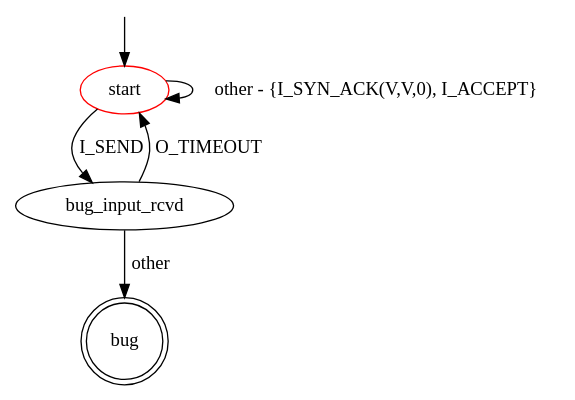
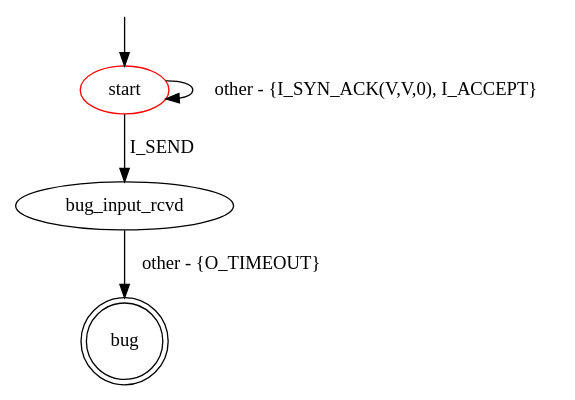
One commit to assist-project/state-machine-bug-finder changed the diagram in src/main/resources/patterns/tcp/error_response_to_send_when_connection_not_exit.dot. Above: the diagram before and after it, drawn with Graphviz. The commit also changed 19 other files, not shown here.

```diff
--- a/src/main/resources/patterns/tcp/error_response_to_send_when_connection_not_exit.dot
+++ b/src/main/resources/patterns/tcp/error_response_to_send_when_connection_not_exit.dot
@@ -1,13 +1,12 @@
 digraph G {
 label=""
 start [color="red"]
 bug [shape="doublecircle"]
 
 start -> start [label="other - {I_SYN_ACK(V,V,0), I_ACCEPT}"]
 start -> bug_input_rcvd [label="I_SEND"]
-bug_input_rcvd -> start [label="O_TIMEOUT"]
-bug_input_rcvd -> bug [label="other"]
+bug_input_rcvd -> bug [label="other - {O_TIMEOUT}"]
 
 __start0 [label="" shape="none" width="0" height="0"];
 __start0 -> start;
 }
```
